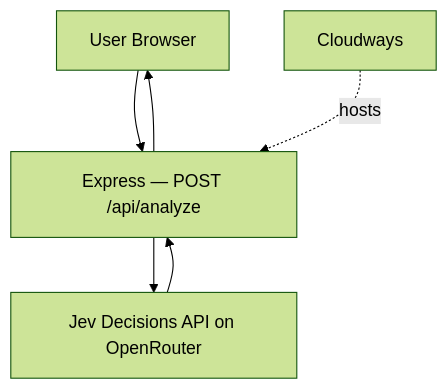
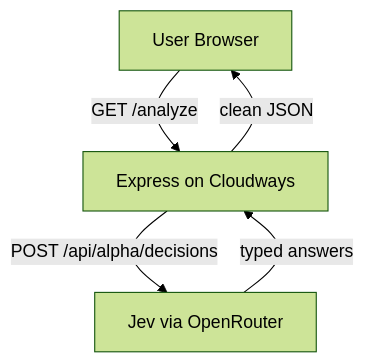
Before and after one commit to CloudwaysbyDO/jev-nodejs: the diagram in README.md, drawn with Mermaid (forest theme). The commit also changed other lines of this file, not shown here.

````diff
--- a/README.md
+++ b/README.md
@@ -93,8 +118,7 @@
 ```mermaid
 flowchart TD
-    A[User Browser] --> B[Express — POST /api/analyze]
-    B --> C[Jev Decisions API on OpenRouter]
-    C --> B
-    B --> A
-    D[Cloudways] -. hosts .-> B
+    A[User Browser] -->|GET /analyze| B[Express on Cloudways]
+    B -->|POST /api/alpha/decisions| C[Jev via OpenRouter]
+    C -->|typed answers| B
+    B -->|clean JSON| A
 ```
````
